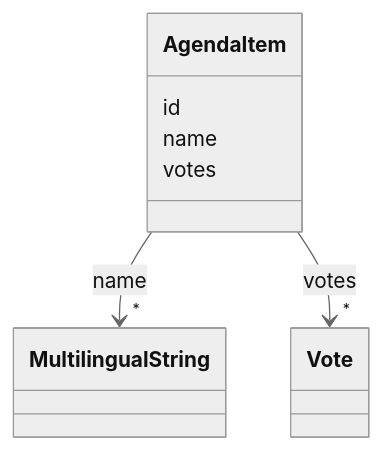
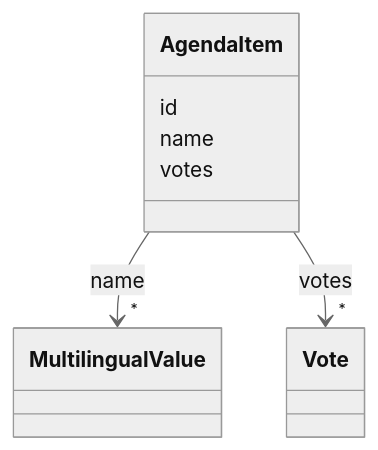
Before and after one commit to swiss/political-affairs-ech-group: the diagram in tutorial/output/docs/AgendaItem.md, drawn with Mermaid (neutral theme). The commit also changed other lines of this file and 89 other files, not shown here.

````diff
--- a/tutorial/output/docs/AgendaItem.md
+++ b/tutorial/output/docs/AgendaItem.md
@@ -13,30 +18,30 @@
 ```mermaid
  classDiagram
     class AgendaItem
     click AgendaItem href "../AgendaItem/"
       AgendaItem : id
         
       AgendaItem : name
         
           
     
         
         
-        AgendaItem --> "*" MultilingualString : name
-        click MultilingualString href "../MultilingualString/"
+        AgendaItem --> "*" MultilingualValue : name
+        click MultilingualValue href "../MultilingualValue/"
     
 
         
       AgendaItem : votes
         
           
     
         
         
         AgendaItem --> "*" Vote : votes
         click Vote href "../Vote/"
     
 
         
       
 ```
````
